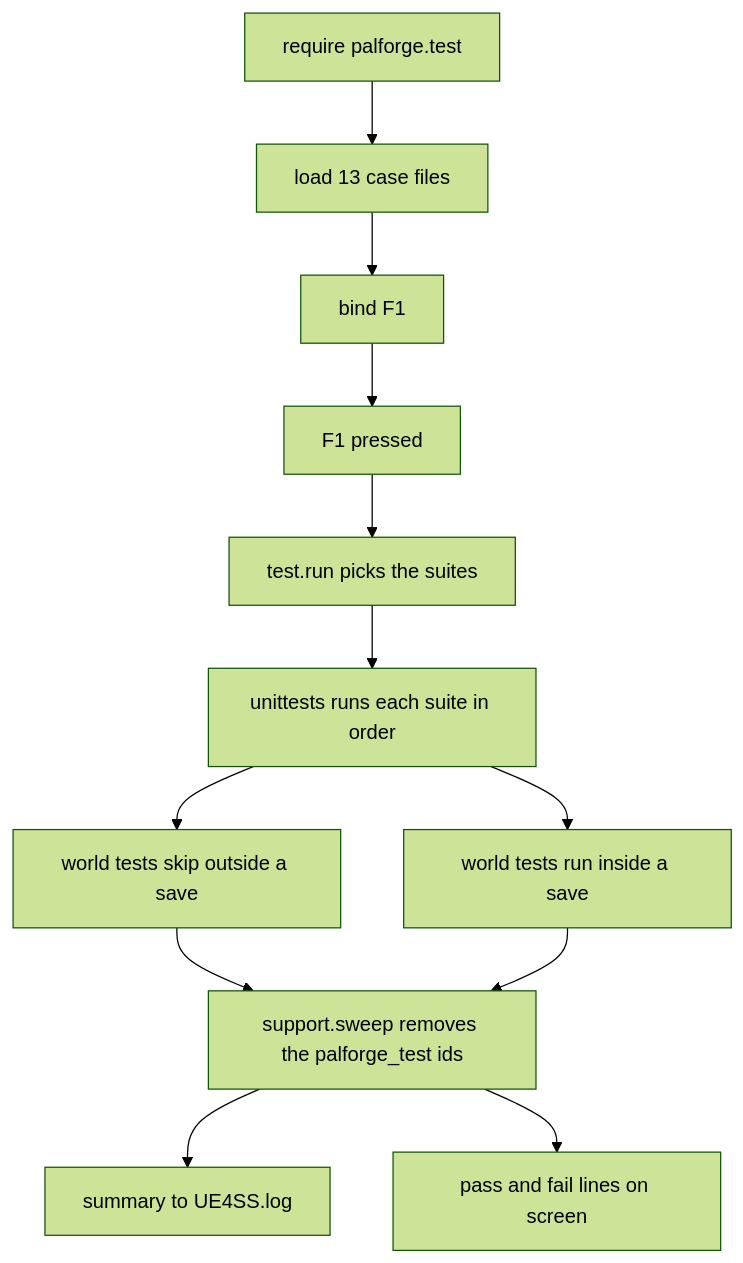
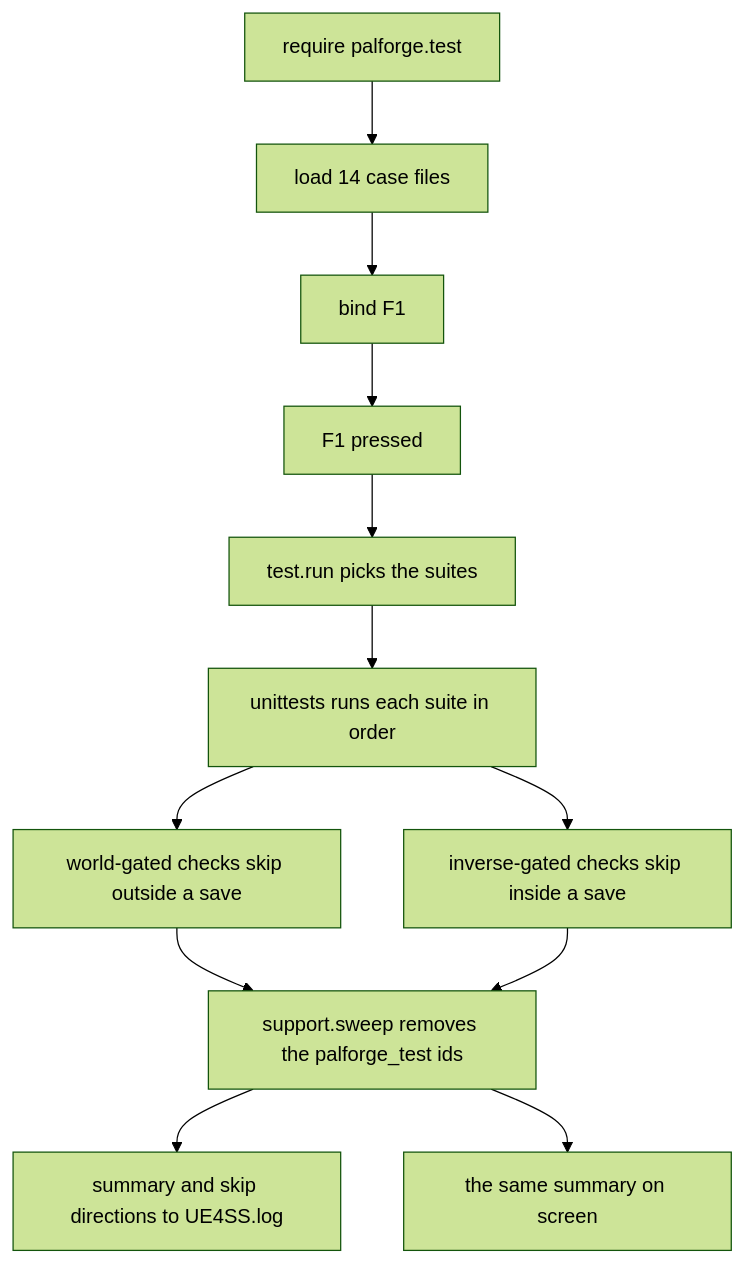
One commit to dr-mikan/PalForge changed the diagram in docs/content/docs/guides/testing.ja.mdx. Above: the diagram before and after it, drawn with Mermaid (forest theme). The commit also changed other lines of this file and 190 other files, not shown here.

````diff
--- a/docs/content/docs/guides/testing.ja.mdx
+++ b/docs/content/docs/guides/testing.ja.mdx
@@ -30,14 +41,14 @@
 ```mermaid
 flowchart TD
-  A["require palforge.test"] --> B["load 13 case files"]
+  A["require palforge.test"] --> B["load 14 case files"]
   B --> C["bind F1"]
   C --> D["F1 pressed"]
   D --> E["test.run picks the suites"]
   E --> F["unittests runs each suite in order"]
-  F --> G["world tests skip outside a save"]
-  F --> H["world tests run inside a save"]
+  F --> G["world-gated checks skip outside a save"]
+  F --> H["inverse-gated checks skip inside a save"]
   G --> I["support.sweep removes the palforge_test ids"]
   H --> I
-  I --> J["summary to UE4SS.log"]
-  I --> K["pass and fail lines on screen"]
+  I --> J["summary and skip directions to UE4SS.log"]
+  I --> K["the same summary on screen"]
 ```
````
